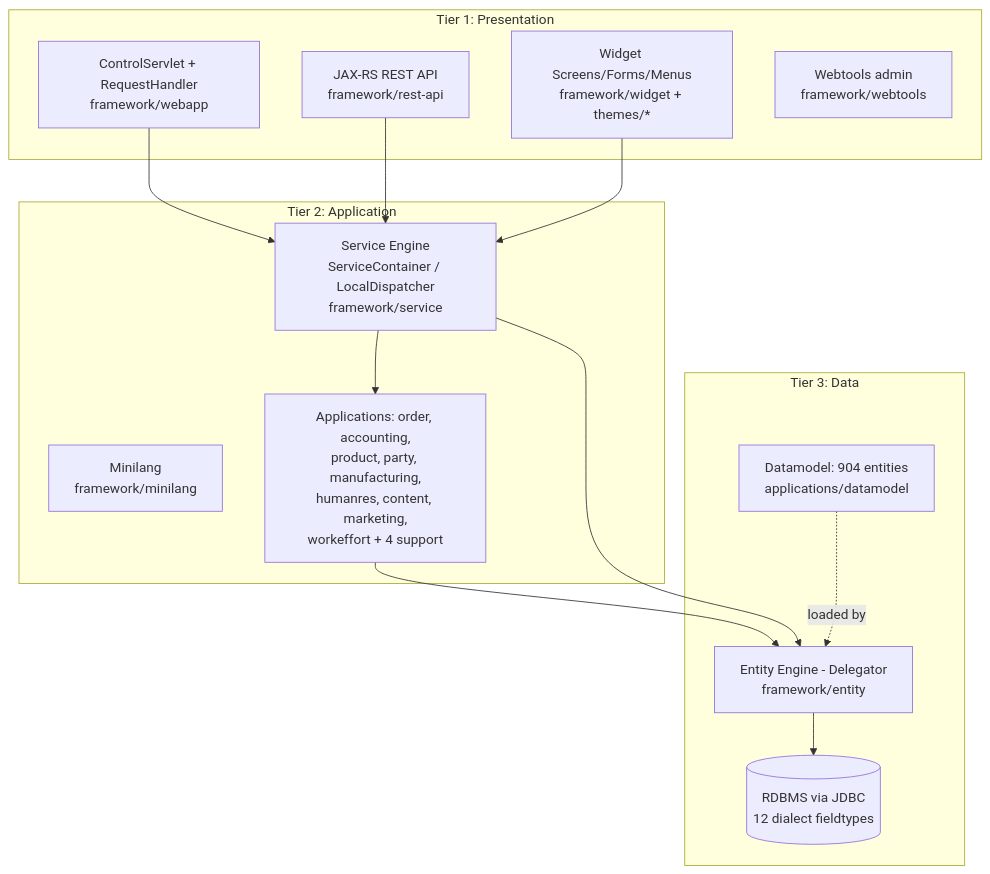
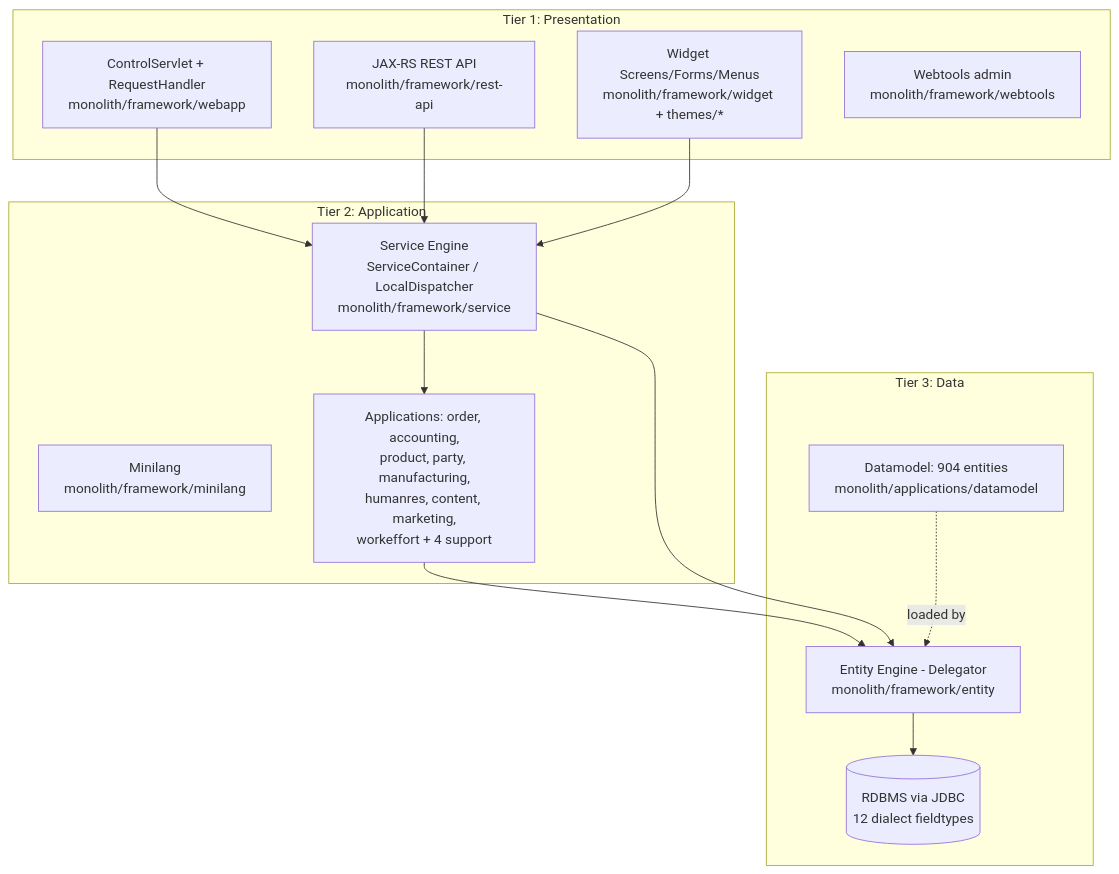
One commit to apache/ofbiz-framework changed the diagram in ARCHITECTURE.md. Above: the diagram before and after it, drawn with Mermaid. The commit also changed other lines of this file and 11 other files, not shown here.

````diff
--- a/ARCHITECTURE.md
+++ b/ARCHITECTURE.md
@@ -118,27 +118,27 @@
 ```mermaid
 graph TB
     subgraph T1["Tier 1: Presentation"]
-        CS[ControlServlet + RequestHandler<br/>framework/webapp]
-        WG[Widget Screens/Forms/Menus<br/>framework/widget + themes/*]
-        REST[JAX-RS REST API<br/>framework/rest-api]
-        WT[Webtools admin<br/>framework/webtools]
+        CS[ControlServlet + RequestHandler<br/>monolith/framework/webapp]
+        WG[Widget Screens/Forms/Menus<br/>monolith/framework/widget + themes/*]
+        REST[JAX-RS REST API<br/>monolith/framework/rest-api]
+        WT[Webtools admin<br/>monolith/framework/webtools]
     end
     subgraph T2["Tier 2: Application"]
-        SE[Service Engine<br/>ServiceContainer / LocalDispatcher<br/>framework/service]
-        ML[Minilang<br/>framework/minilang]
+        SE[Service Engine<br/>ServiceContainer / LocalDispatcher<br/>monolith/framework/service]
+        ML[Minilang<br/>monolith/framework/minilang]
         APPS[Applications: order, accounting,<br/>product, party, manufacturing,<br/>humanres, content, marketing,<br/>workeffort + 4 support]
     end
     subgraph T3["Tier 3: Data"]
-        EE[Entity Engine - Delegator<br/>framework/entity]
-        DM[Datamodel: 904 entities<br/>applications/datamodel]
+        EE[Entity Engine - Delegator<br/>monolith/framework/entity]
+        DM[Datamodel: 904 entities<br/>monolith/applications/datamodel]
         DB[(RDBMS via JDBC<br/>12 dialect fieldtypes)]
     end
     CS --> SE
     REST --> SE
     WG --> SE
     SE --> APPS
     APPS --> EE
     SE --> EE
     EE --> DB
     DM -.loaded by.-> EE
 ```
````
